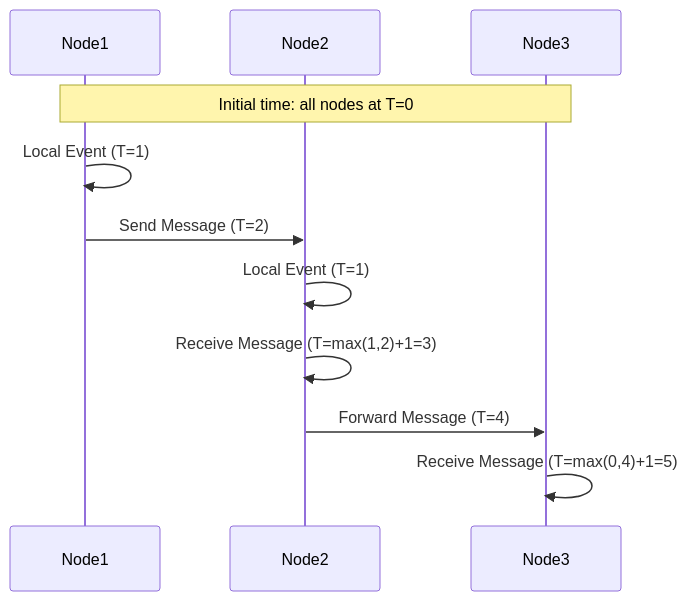
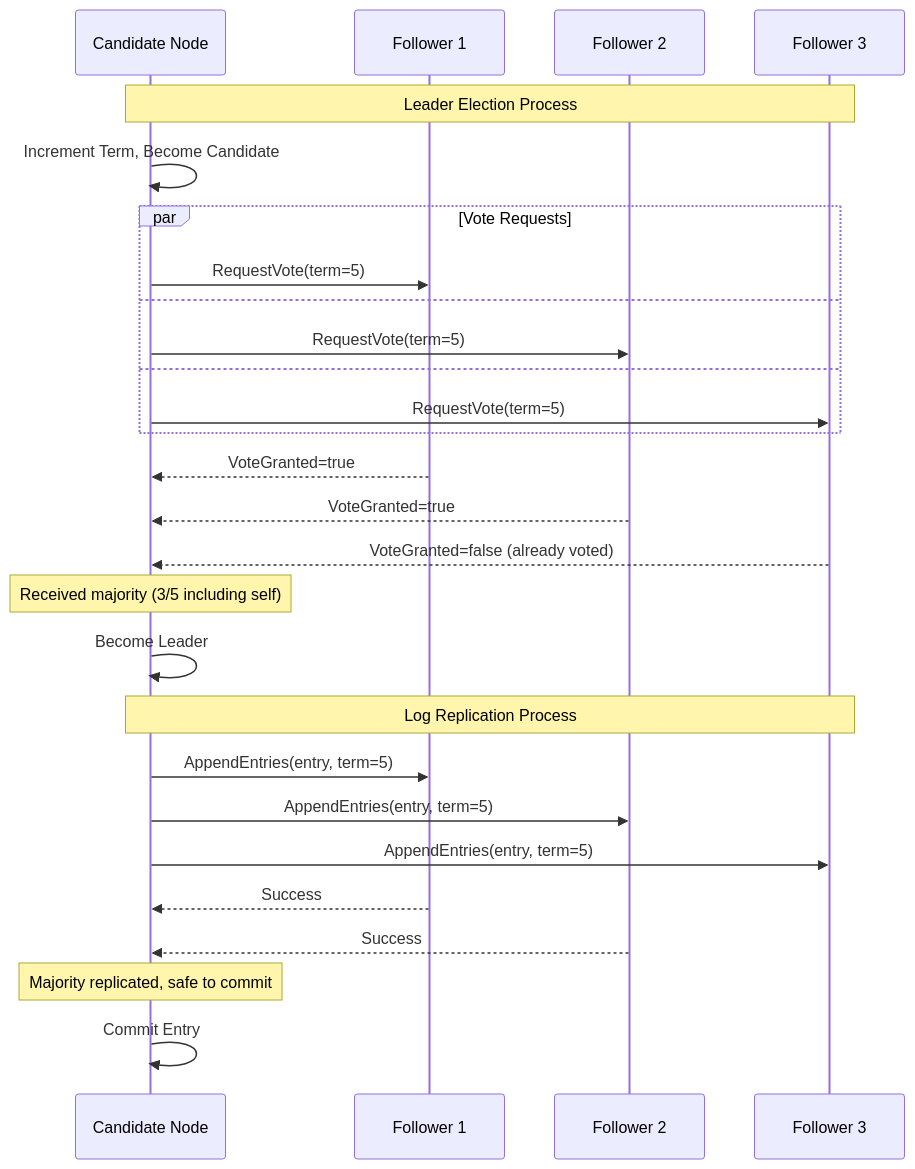
The third of 5 diagrams in docs/core-principles/pillars/truth-distribution.md (deepaucksharma/DStudio), drawn with Mermaid before and after one commit. The commit also changed other lines of this file and 112 other files, not shown here.

````diff
--- a/docs/core-principles/pillars/truth-distribution.md
+++ b/docs/core-principles/pillars/truth-distribution.md
@@ -698,15 +92,38 @@
 ```mermaid
 sequenceDiagram
-    participant Node1
-    participant Node2
-    participant Node3
+    participant Candidate as Candidate Node
+    participant Follower1 as Follower 1
+    participant Follower2 as Follower 2
+    participant Follower3 as Follower 3
     
-    Note over Node1,Node3: Initial time: all nodes at T=0
+    Note over Candidate,Follower3: Leader Election Process
     
-    Node1->>Node1: Local Event (T=1)
-    Node1->>Node2: Send Message (T=2)
-    Node2->>Node2: Local Event (T=1)
-    Node2->>Node2: Receive Message (T=max(1,2)+1=3)
-    Node2->>Node3: Forward Message (T=4)
-    Node3->>Node3: Receive Message (T=max(0,4)+1=5)
+    Candidate->>Candidate: Increment Term, Become Candidate
+    
+    par Vote Requests
+        Candidate->>Follower1: RequestVote(term=5)
+        and
+        Candidate->>Follower2: RequestVote(term=5)
+        and
+        Candidate->>Follower3: RequestVote(term=5)
+    end
+    
+    Follower1-->>Candidate: VoteGranted=true
+    Follower2-->>Candidate: VoteGranted=true
+    Follower3-->>Candidate: VoteGranted=false (already voted)
+    
+    Note over Candidate: Received majority (3/5 including self)
+    Candidate->>Candidate: Become Leader
+    
+    Note over Candidate,Follower3: Log Replication Process
+    
+    Candidate->>Follower1: AppendEntries(entry, term=5)
+    Candidate->>Follower2: AppendEntries(entry, term=5)
+    Candidate->>Follower3: AppendEntries(entry, term=5)
+    
+    Follower1-->>Candidate: Success
+    Follower2-->>Candidate: Success
+    
+    Note over Candidate: Majority replicated, safe to commit
+    Candidate->>Candidate: Commit Entry
 ```
````
